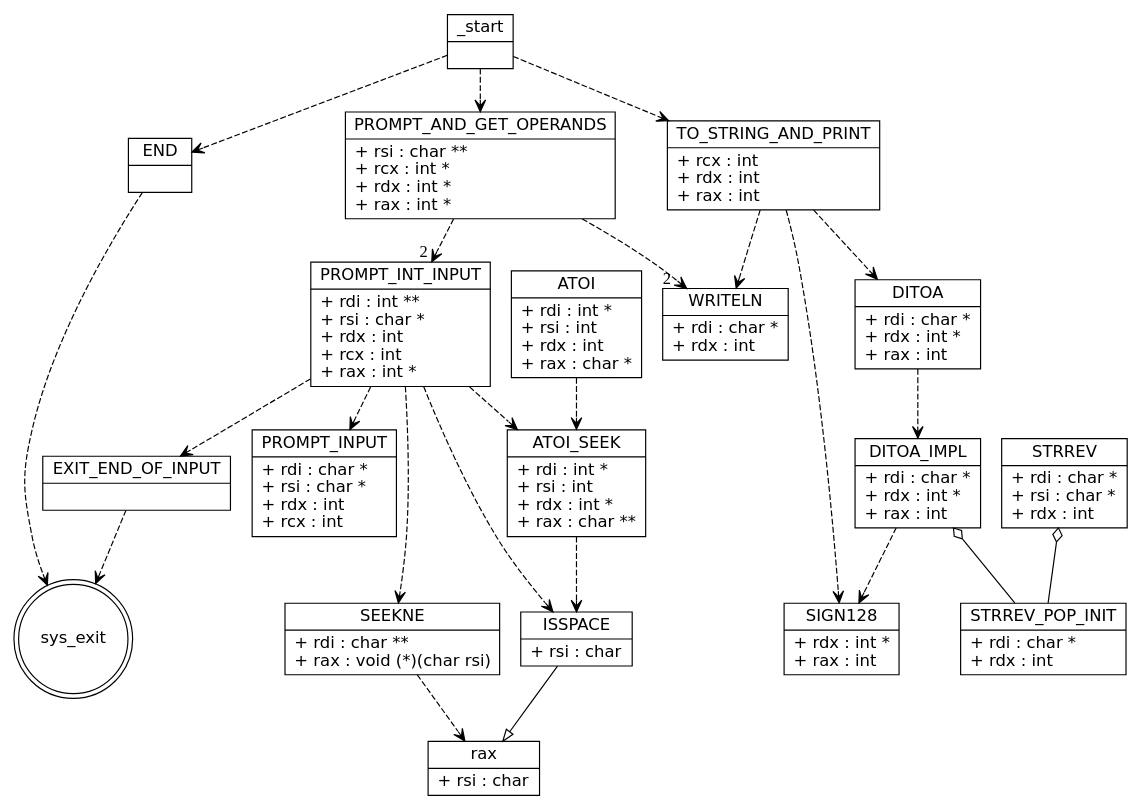
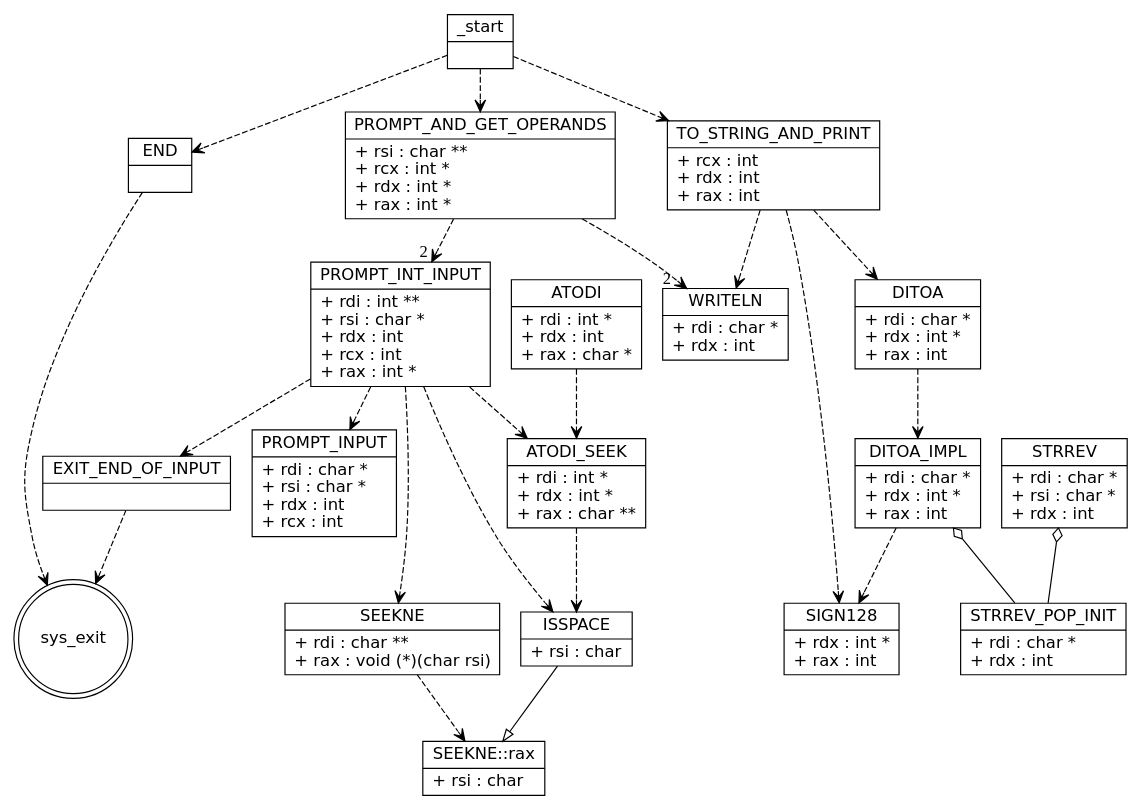
Before and after one commit to lduran2/computer_architecture-projects: the diagram in x86-calc/umllike.dot, drawn with Graphviz. The commit also changed 3 other files, not shown here.

```diff
--- a/x86-calc/umllike.dot
+++ b/x86-calc/umllike.dot
@@ -1,172 +1,172 @@
 /* Note that this is not exactly a UML diagram.
    Rather, it treats functions as classes
    with their parameters as public fields.
  */
 
 digraph x86calc {
     node [
         shape = "record",
         fontname = "Verdana,DejaVu Sans,Bitstream Vera Sans"
     ];
 
     _start [
         label = "{\N|}"
     ];
 
     END [
         label = "{\N|}"
     ];
 
     PROMPT_AND_GET_OPERANDS [
         label = "{\N|+ rsi : char **\l+ rcx : int *\l+ rdx : int *\l+ rax : int *\l}"
     ];
 
     TO_STRING_AND_PRINT [
         label = "{\N|+ rcx : int\l+ rdx : int\l+ rax : int\l}"
     ];
 
     PROMPT_INT_INPUT [
         label = "{\N|+ rdi : int **\l+ rsi : char *\l+ rdx : int\l+ rcx : int\l+ rax : int *\l}"
     ];
 
     WRITELN [
         label = "{\N|+ rdi : char *\l+ rdx : int\l}"
     ];
 
     PROMPT_INPUT [
         label = "{\N|+ rdi : char *\l+ rsi : char *\l+ rdx : int\l+ rcx : int\l}"
     ];
 
     SEEKNE [
         label = "{\N|+ rdi : char **\l+ rax : void (*)(char rsi)\l}"
     ];
 
-    rax [
-        label = "{\N|+ rsi : char\l}"
+    SEEKNE_rax [
+        label = "{SEEKNE::rax|+ rsi : char\l}"
     ];
 
-    ATOI [
-        label = "{\N|+ rdi : int *\l+ rsi : int\l+ rdx : int\l+ rax : char *\l}"
+    ATODI [
+        label = "{\N|+ rdi : int *\l+ rdx : int\l+ rax : char *\l}"
     ];
 
-    ATOI_SEEK [
-        label = "{\N|+ rdi : int *\l+ rsi : int\l+ rdx : int *\l+ rax : char **\l}"
+    ATODI_SEEK [
+        label = "{\N|+ rdi : int *\l+ rdx : int *\l+ rax : char **\l}"
     ];
 
     ISSPACE [
         label = "{\N|+ rsi : char\l}"
     ];
 
     DITOA [
         label = "{\N|+ rdi : char *\l+ rdx : int *\l+ rax : int\l}"
     ];
  
     DITOA_IMPL [
         label = "{\N|+ rdi : char *\l+ rdx : int *\l+ rax : int\l}"
     ];
 
     SIGN128 [
         label = "{\N|+ rdx : int *\l+ rax : int\l}"
     ];
 
     STRREV [
         label = "{\N|+ rdi : char *\l+ rsi : char *\l+ rdx : int\l}"
     ];
 
     STRREV_POP_INIT [
         label = "{\N|+ rdi : char *\l+ rdx : int\l}"
     ];
  
     EXIT_END_OF_INPUT [
         label = "{\N|}"
     ];
 
     sys_exit [
         shape = "doublecircle"
     ]
 
     _start -> PROMPT_AND_GET_OPERANDS [
         style="dashed", arrowhead="vee"
     ];
     _start -> TO_STRING_AND_PRINT [
         style="dashed", arrowhead="vee"
     ];
     _start -> END [
         style="dashed", arrowhead="vee"
     ];
 
     END -> sys_exit [
         style="dashed", arrowhead="vee"
     ];
 
     PROMPT_AND_GET_OPERANDS -> PROMPT_INT_INPUT [
         style="dashed", arrowhead="vee",
         headlabel="2 "
     ];
     PROMPT_AND_GET_OPERANDS -> WRITELN [
         style="dashed", arrowhead="vee",
         headlabel="2   "
     ];
 
     TO_STRING_AND_PRINT -> SIGN128 [
         style="dashed", arrowhead="vee"
     ];
     TO_STRING_AND_PRINT -> DITOA [
         style="dashed", arrowhead="vee"
     ];
     TO_STRING_AND_PRINT -> WRITELN [
         style="dashed", arrowhead="vee"
     ];
 
     PROMPT_INT_INPUT -> PROMPT_INPUT [
         style="dashed", arrowhead="vee"
     ];
     PROMPT_INT_INPUT -> ISSPACE [
         style="dashed", arrowhead="vee"
     ];
     PROMPT_INT_INPUT -> SEEKNE [
         style="dashed", arrowhead="vee"
     ];
     PROMPT_INT_INPUT -> EXIT_END_OF_INPUT [
         style="dashed", arrowhead="vee"
     ];
-    PROMPT_INT_INPUT -> ATOI_SEEK [
+    PROMPT_INT_INPUT -> ATODI_SEEK [
         style="dashed", arrowhead="vee"
     ];
 
     EXIT_END_OF_INPUT -> sys_exit [
         style="dashed", arrowhead="vee"
     ];
 
-    SEEKNE -> rax [
+    SEEKNE -> SEEKNE_rax [
         style="dashed", arrowhead="vee"
     ];
 
-    ISSPACE -> rax [
+    ISSPACE -> SEEKNE_rax [
         arrowhead="empty"
     ];
 
-    ATOI -> ATOI_SEEK [
+    ATODI -> ATODI_SEEK [
         style="dashed", arrowhead="vee"
     ];
 
-    ATOI_SEEK -> ISSPACE [
+    ATODI_SEEK -> ISSPACE [
         style="dashed", arrowhead="vee"
     ];
 
     DITOA -> DITOA_IMPL [
         style="dashed", arrowhead="vee"
     ];
 
     DITOA_IMPL -> SIGN128 [
         style="dashed", arrowhead="vee"
     ];
     DITOA_IMPL -> STRREV_POP_INIT [
         dir="back", arrowtail="odiamond"
     ];
 
     STRREV -> STRREV_POP_INIT [
         dir="back", arrowtail="odiamond"
     ];
 
 }
```
